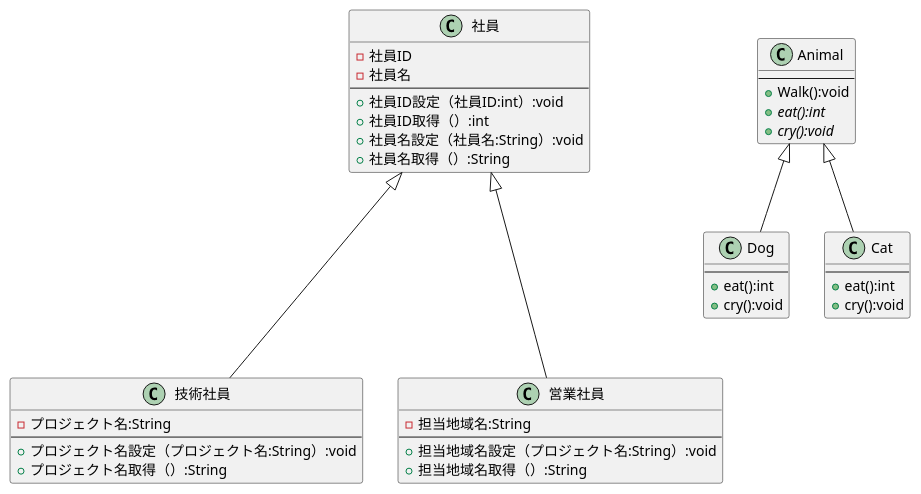
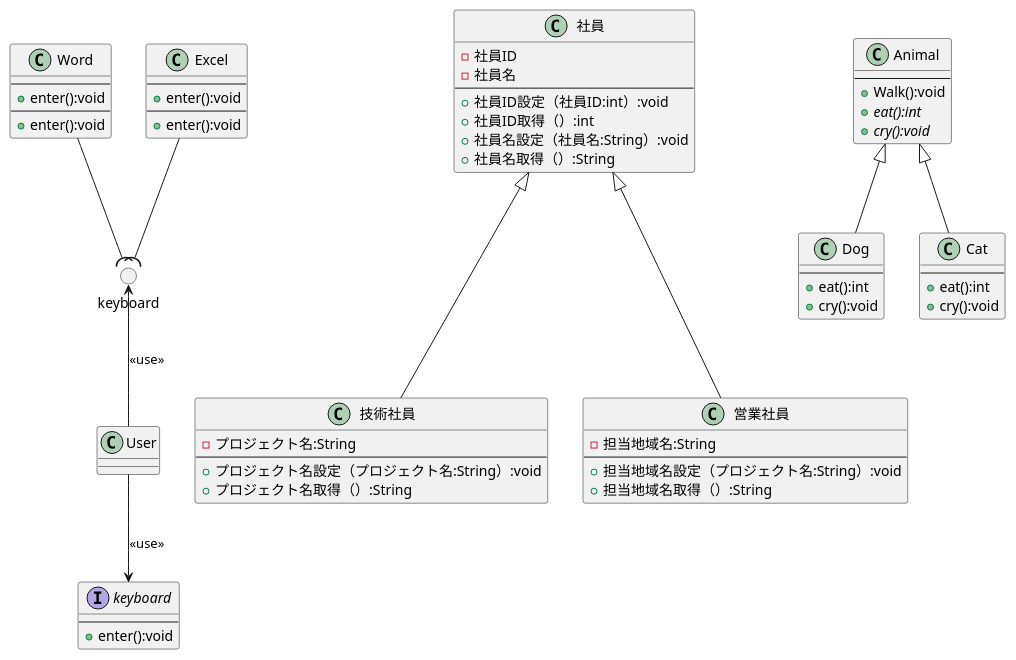
Before and after one commit to takumiTakahata/uml-introduction: the diagram in 図3-3_継承・抽象・インターフェース.pu, drawn with PlantUML.

Commit message:
インターフェース作成

```diff
--- a/図3-3_継承・抽象・インターフェース.pu
+++ b/図3-3_継承・抽象・インターフェース.pu
@@ -1,43 +1,77 @@
 @startuml
 class 社員{
 - 社員ID
 - 社員名
 ---
 + 社員ID設定（社員ID:int）:void
 + 社員ID取得（）:int
 + 社員名設定（社員名:String）:void
 + 社員名取得（）:String
 }
 class 技術社員{
 - プロジェクト名:String
 ---
 + プロジェクト名設定（プロジェクト名:String）:void
 + プロジェクト名取得（）:String
 }
 class 営業社員{
 - 担当地域名:String
 ---
 + 担当地域名設定（プロジェクト名:String）:void
 + 担当地域名取得（）:String
 }
 社員<|--down- 技術社員
 社員<|--down- 営業社員
 class Animal {
 ---
 + Walk():void
 + {abstract} eat():int
 + {abstract} cry():void
 }
 class Dog {
 ---
 + eat():int
 + cry():void
 }
 class Cat {
 ---
 + eat():int
 + cry():void
 }
 Animal <|-down- Dog
 Animal <|-down- Cat
+
+class Word {
+---
++ enter():void
+}
+class Excel {
+---
++ enter():void
+}
+interface keyboard {
+' <<interface>>
+---
++ enter():void
+}
+' keyboard <|.. Word
+' keyboard <|.. Excel
+class User {
+}
+keyboard <-up- User:<< use >>
+
+class Word {
+---
++ enter():void
+}
+class Excel {
+---
++ enter():void
+}
+circle "keyboard" as I1
+Word --( I1
+Excel --( I1
+class User {
+}
+I1 <-- User:<< use >>
 @enduml
```
